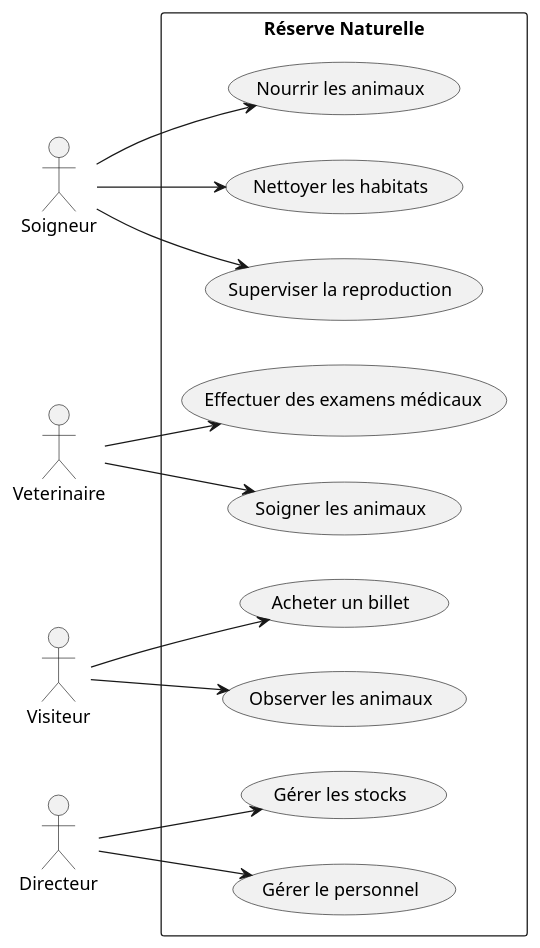
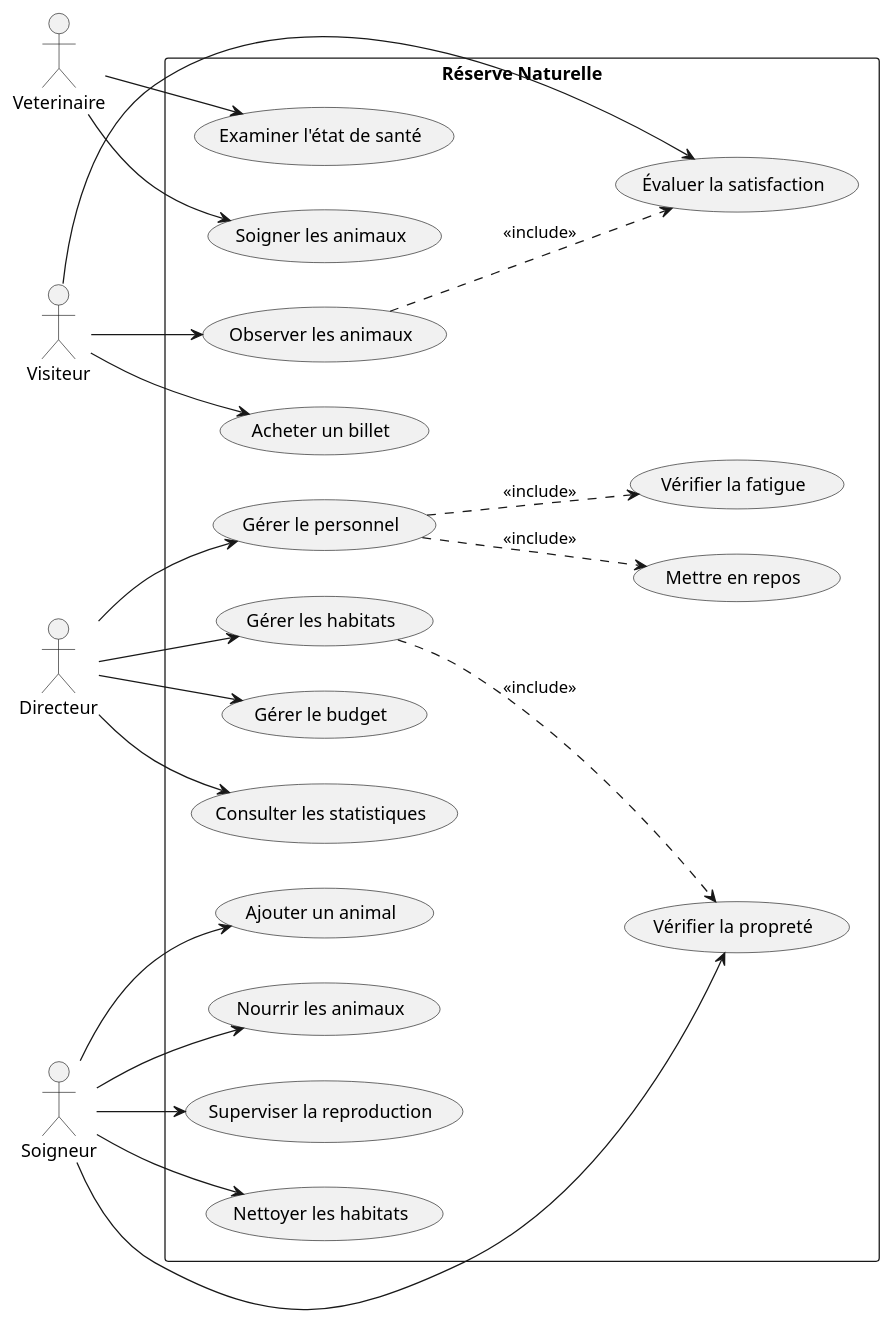
Before and after one commit to azmogoo/reserve_naturelle_wallois_arthur_esgi2: the diagram in src/main/resources/diagrams/use-case-diagram.puml, drawn with PlantUML. The commit also changed 16 other files, not shown here.

```diff
--- a/src/main/resources/diagrams/use-case-diagram.puml
+++ b/src/main/resources/diagrams/use-case-diagram.puml
@@ -1,34 +1,66 @@
 @startuml
 left to right direction
 skinparam packageStyle rectangle
 
+actor Directeur
 actor Soigneur
 actor Veterinaire
 actor Visiteur
-actor Directeur
 
 rectangle "Réserve Naturelle" {
-  usecase "Nourrir les animaux" as UC1
-  usecase "Soigner les animaux" as UC2
-  usecase "Nettoyer les habitats" as UC3
-  usecase "Observer les animaux" as UC4
-  usecase "Acheter un billet" as UC5
-  usecase "Gérer le personnel" as UC6
-  usecase "Superviser la reproduction" as UC7
-  usecase "Effectuer des examens médicaux" as UC8
-  usecase "Gérer les stocks" as UC9
+    ' Gestion des animaux
+    usecase "Ajouter un animal" as UC1
+    usecase "Nourrir les animaux" as UC2
+    usecase "Soigner les animaux" as UC3
+    usecase "Superviser la reproduction" as UC4
+    usecase "Examiner l'état de santé" as UC5
+
+    ' Gestion des habitats
+    usecase "Nettoyer les habitats" as UC6
+    usecase "Gérer les habitats" as UC7
+    usecase "Vérifier la propreté" as UC8
+
+    ' Gestion du personnel
+    usecase "Gérer le personnel" as UC9
+    usecase "Mettre en repos" as UC10
+    usecase "Vérifier la fatigue" as UC11
+
+    ' Gestion des visiteurs
+    usecase "Observer les animaux" as UC12
+    usecase "Acheter un billet" as UC13
+    usecase "Évaluer la satisfaction" as UC14
+
+    ' Gestion générale
+    usecase "Gérer le budget" as UC15
+    usecase "Consulter les statistiques" as UC16
 }
 
+' Relations Directeur
+Directeur --> UC9
+Directeur --> UC15
+Directeur --> UC16
+Directeur --> UC7
+
+' Relations Soigneur
 Soigneur --> UC1
-Soigneur --> UC3
-Soigneur --> UC7
+Soigneur --> UC2
+Soigneur --> UC4
+Soigneur --> UC6
+Soigneur --> UC8
 
-Veterinaire --> UC2
-Veterinaire --> UC8
+' Relations Vétérinaire
+Veterinaire --> UC3
+Veterinaire --> UC5
 
-Visiteur --> UC4
-Visiteur --> UC5
+' Relations Visiteur
+Visiteur --> UC12
+Visiteur --> UC13
+Visiteur --> UC14
 
-Directeur --> UC6
-Directeur --> UC9
+' Relations d'extension et d'inclusion
+UC9 ..> UC10 : <<include>>
+UC9 ..> UC11 : <<include>>
+UC7 ..> UC8 : <<include>>
+UC12 ..> UC14 : <<include>>
+
 @enduml 
```
